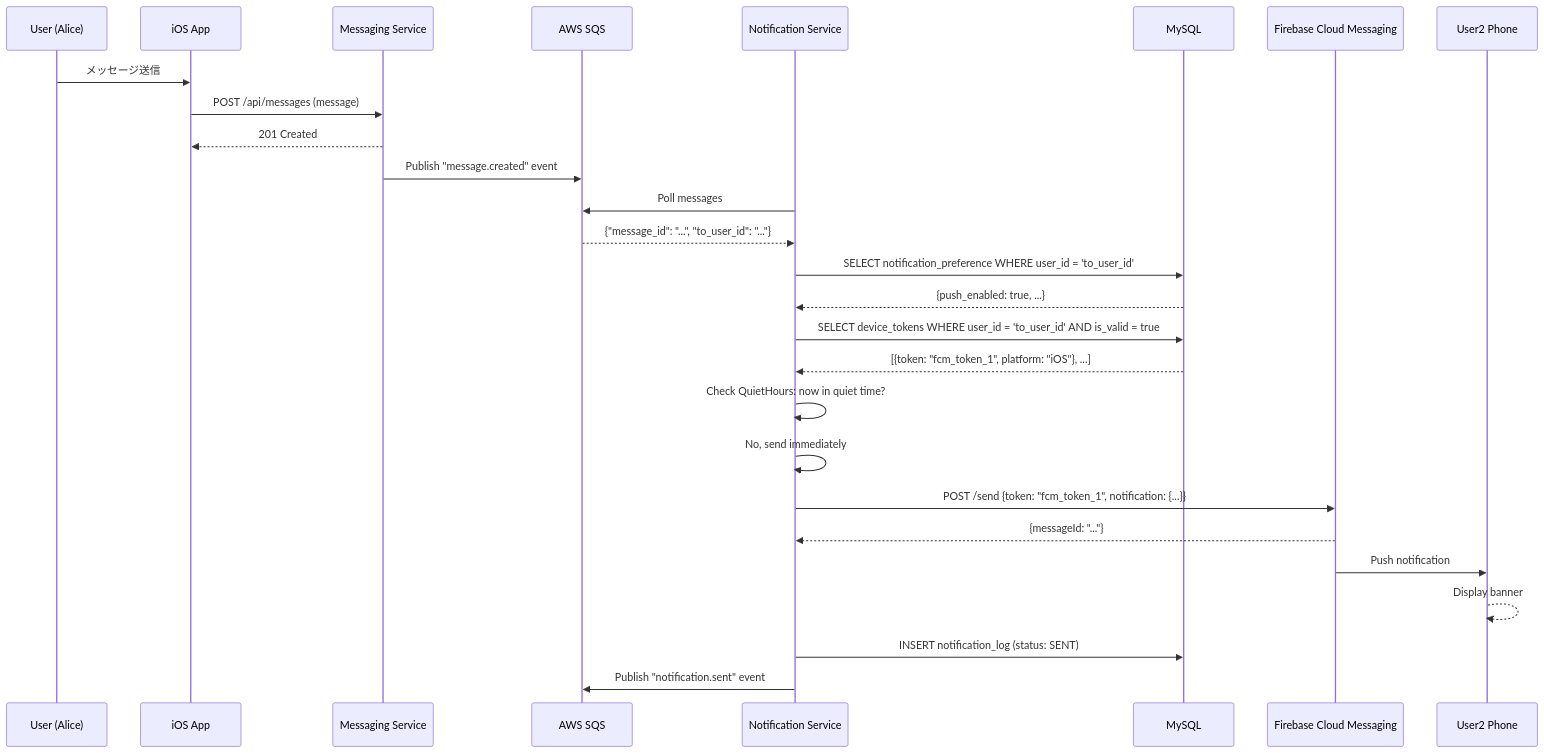
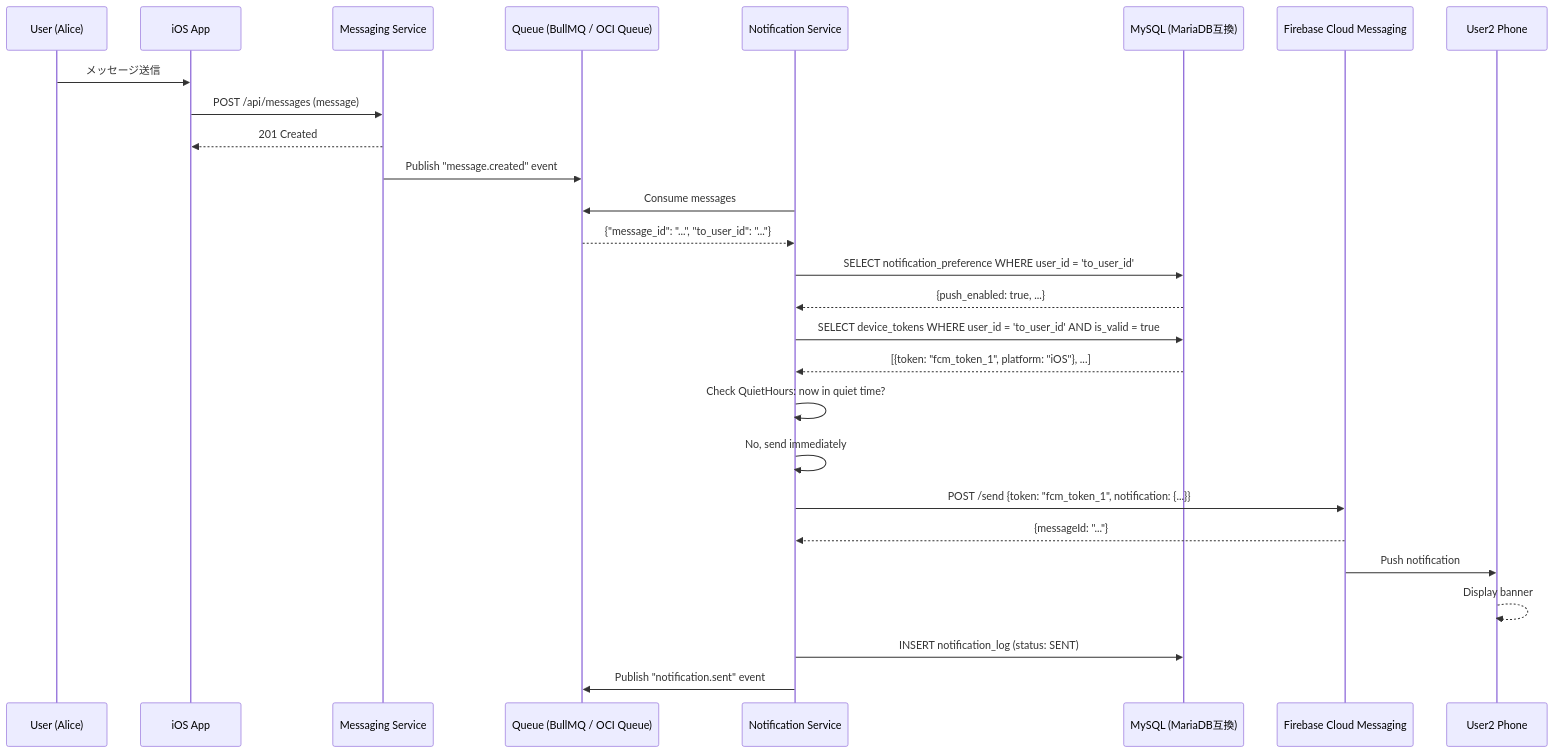
One commit to Willen-Federation/Recerdo-Developers-Docs changed the first of 3 diagrams in docs/features/notifications/push-notification.md. Above: the diagram before and after it, drawn with Mermaid. The commit also changed other lines of this file and 44 other files, not shown here.

````diff
--- a/docs/features/notifications/push-notification.md
+++ b/docs/features/notifications/push-notification.md
@@ -238,38 +238,38 @@
 ```mermaid
 sequenceDiagram
     participant User1 as User (Alice)
     participant App as iOS App
     participant Msg as Messaging Service
-    participant SQS as AWS SQS
+    participant Q as Queue (BullMQ / OCI Queue)
     participant Notif as Notification Service
-    participant DB as MySQL
+    participant DB as MySQL (MariaDB互換)
     participant FCM as Firebase Cloud Messaging
     participant User2Phone as User2 Phone
 
     User1 ->> App: メッセージ送信
     App ->> Msg: POST /api/messages (message)
     Msg -->> App: 201 Created
     
-    Msg ->> SQS: Publish "message.created" event
+    Msg ->> Q: Publish "message.created" event
     
-    Notif ->> SQS: Poll messages
-    SQS -->> Notif: {"message_id": "...", "to_user_id": "..."}
+    Notif ->> Q: Consume messages
+    Q -->> Notif: {"message_id": "...", "to_user_id": "..."}
     
     Notif ->> DB: SELECT notification_preference WHERE user_id = 'to_user_id'
     DB -->> Notif: {push_enabled: true, ...}
     
     Notif ->> DB: SELECT device_tokens WHERE user_id = 'to_user_id' AND is_valid = true
     DB -->> Notif: [{token: "fcm_token_1", platform: "iOS"}, ...]
     
     Notif ->> Notif: Check QuietHours: now in quiet time?
     Notif ->> Notif: No, send immediately
     
     Notif ->> FCM: POST /send {token: "fcm_token_1", notification: {...}}
     FCM -->> Notif: {messageId: "..."}
     
     FCM ->> User2Phone: Push notification
     User2Phone -->> User2Phone: Display banner
     
     Notif ->> DB: INSERT notification_log (status: SENT)
-    Notif ->> SQS: Publish "notification.sent" event
+    Notif ->> Q: Publish "notification.sent" event
 ```
````
